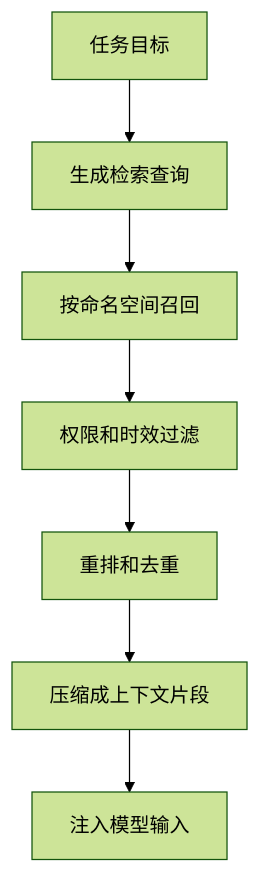
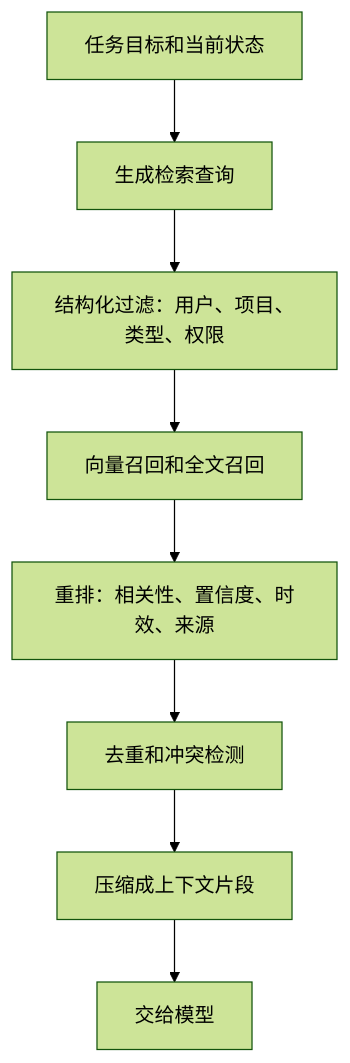
The diagram in docs/AI/Agent/Agent记忆/记忆存储与检索.md (Doge2077/liyyro), drawn with Mermaid (forest theme) before and after one commit. The commit also changed other lines of this file and 27 other files, not shown here.

````diff
--- a/docs/AI/Agent/Agent记忆/记忆存储与检索.md
+++ b/docs/AI/Agent/Agent记忆/记忆存储与检索.md
@@ -31,9 +38,10 @@
 ```mermaid
 flowchart TD
-  A["任务目标"] --> B["生成检索查询"]
-  B --> C["按命名空间召回"]
-  C --> D["权限和时效过滤"]
-  D --> E["重排和去重"]
-  E --> F["压缩成上下文片段"]
-  F --> G["注入模型输入"]
+  A["任务目标和当前状态"] --> B["生成检索查询"]
+  B --> C["结构化过滤：用户、项目、类型、权限"]
+  C --> D["向量召回和全文召回"]
+  D --> E["重排：相关性、置信度、时效、来源"]
+  E --> F["去重和冲突检测"]
+  F --> G["压缩成上下文片段"]
+  G --> H["交给模型"]
 ```
````
